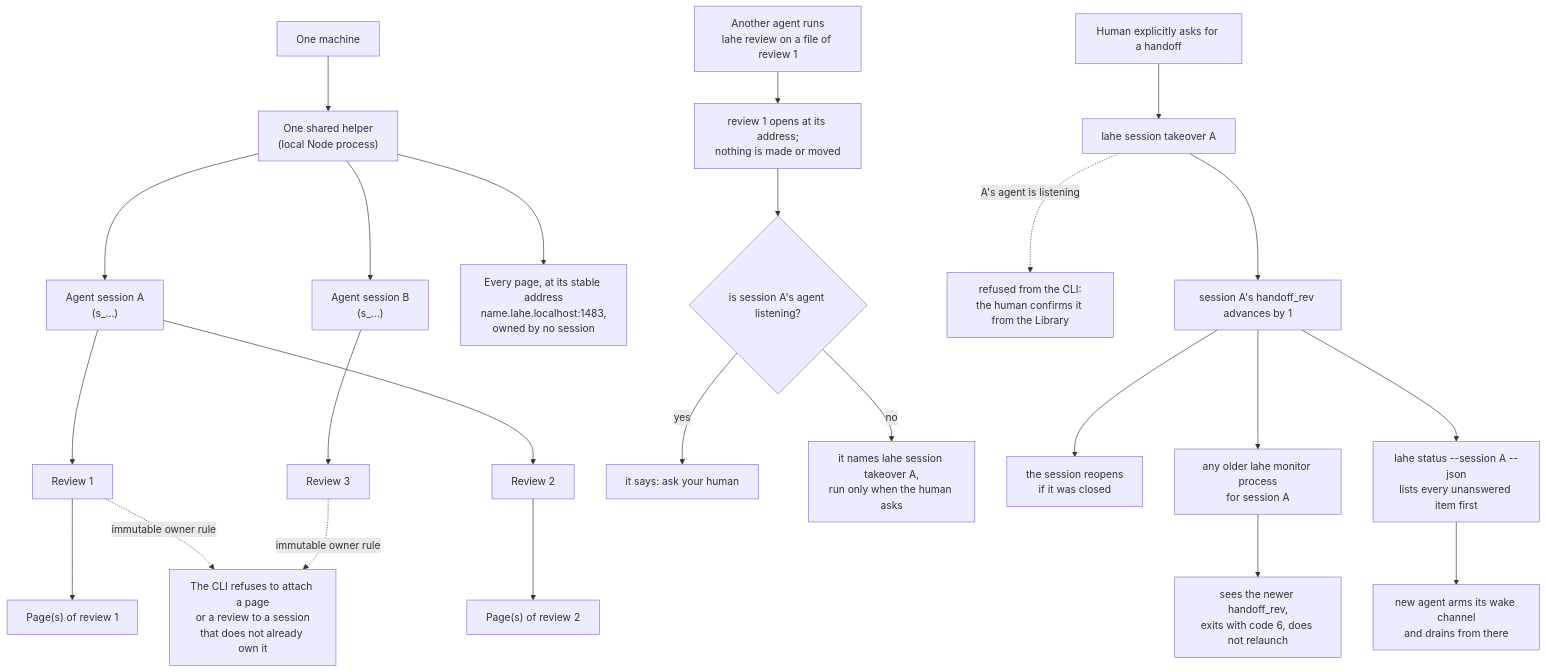
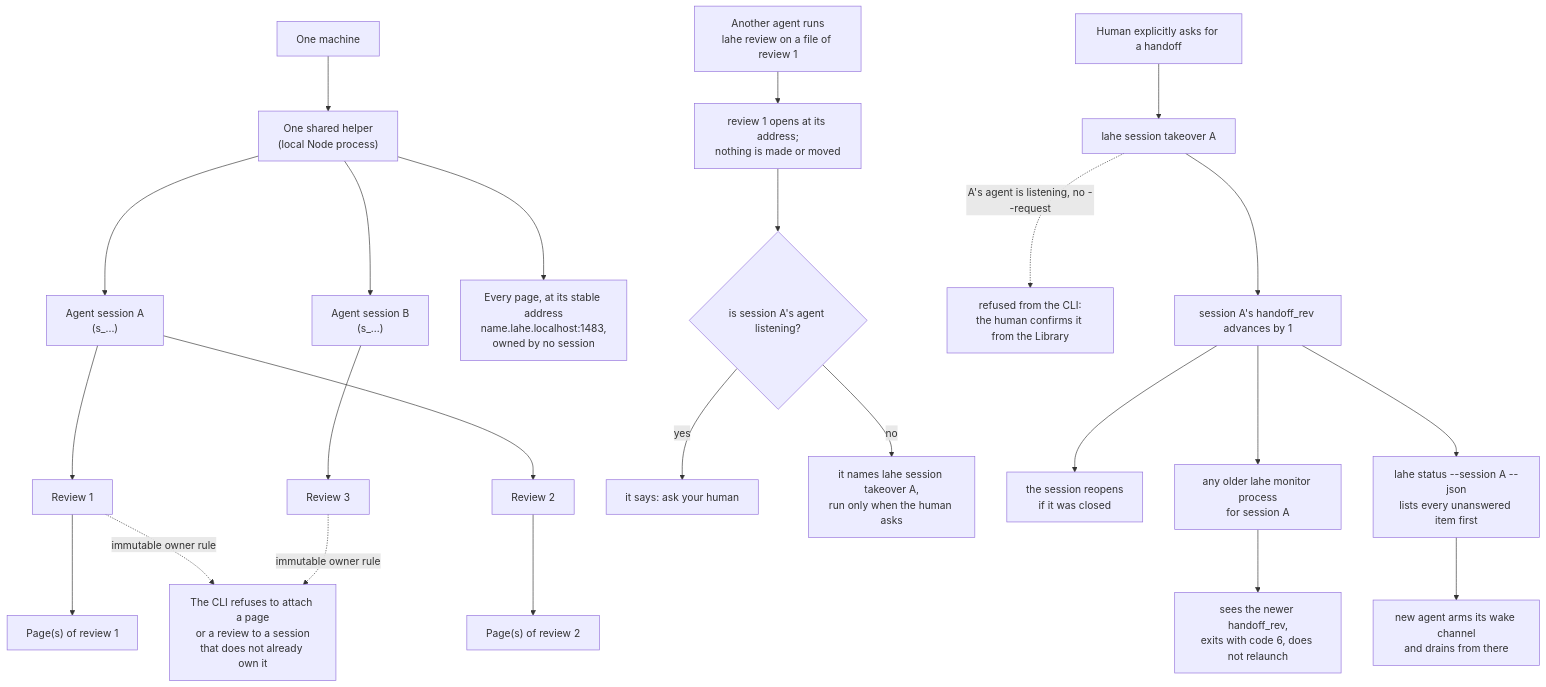
The first of 3 diagrams in docs/diagrams/session_ownership.md (kenxle/live-agentic-html-editor), drawn with Mermaid before and after one commit. The commit also changed other lines of this file and 11 other files, not shown here.

First line of the commit message:
Let a Library-confirmed handoff finish its takeover

````diff
--- a/docs/diagrams/session_ownership.md
+++ b/docs/diagrams/session_ownership.md
@@ -8,34 +8,34 @@
 ```mermaid
 flowchart TD
     Machine["One machine"] --> Helper["One shared helper<br/>(local Node process)"]
 
     Helper --> SessA["Agent session A<br/>(s_...)"]
     Helper --> SessB["Agent session B<br/>(s_...)"]
 
     SessA --> RevA1["Review 1"]
     SessA --> RevA2["Review 2"]
     RevA1 --> PageA1["Page(s) of review 1"]
     RevA2 --> PageA2["Page(s) of review 2"]
     Helper --> Pages["Every page, at its stable address<br/>name.lahe.localhost:1483,<br/>owned by no session"]
 
     SessB --> RevB1["Review 3"]
     
 
     Refuse["The CLI refuses to attach a page<br/>or a review to a session<br/>that does not already own it"]
     RevA1 -.->|"immutable owner rule"| Refuse
     RevB1 -.->|"immutable owner rule"| Refuse
 
     OtherAgent["Another agent runs<br/>lahe review on a file of review 1"] --> Opened["review 1 opens at its address;<br/>nothing is made or moved"]
     Opened --> Listening{"is session A's agent listening?"}
     Listening -->|"yes"| AskHuman["it says: ask your human"]
     Listening -->|"no"| Named["it names lahe session takeover A,<br/>run only when the human asks"]
 
     Human["Human explicitly asks for a handoff"] --> Takeover["lahe session takeover A"]
-    Takeover -.->|"A's agent is listening"| RefusedCLI["refused from the CLI:<br/>the human confirms it from the Library"]
+    Takeover -.->|"A's agent is listening, no --request"| RefusedCLI["refused from the CLI:<br/>the human confirms it from the Library"]
     Takeover --> Fence["session A's handoff_rev advances by 1"]
     Fence --> Reopen["the session reopens<br/>if it was closed"]
     Fence --> OldMonitor["any older lahe monitor process<br/>for session A"]
     OldMonitor --> Exit6["sees the newer handoff_rev,<br/>exits with code 6, does not relaunch"]
     Fence --> Catchup["lahe status --session A --json<br/>lists every unanswered item first"]
     Catchup --> NewAgent["new agent arms its wake channel<br/>and drains from there"]
 ```
````
